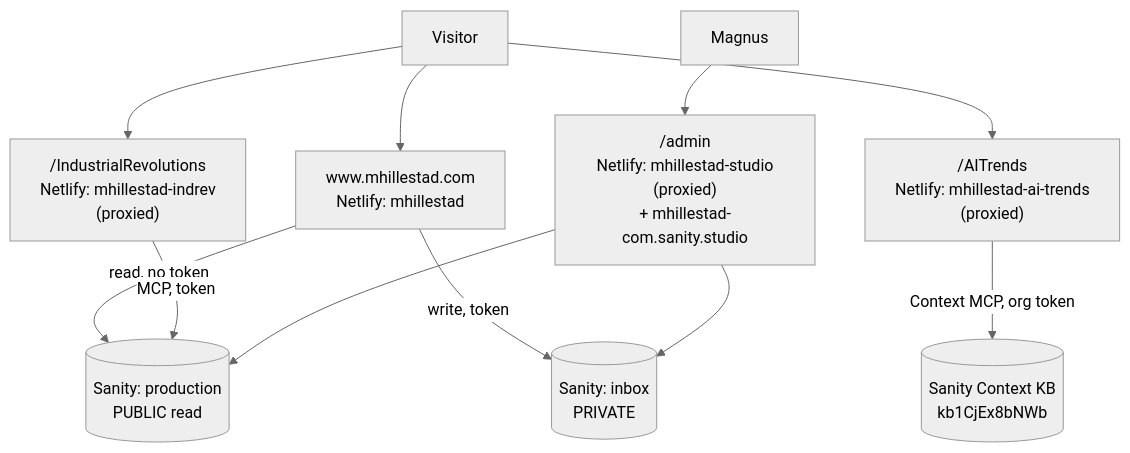
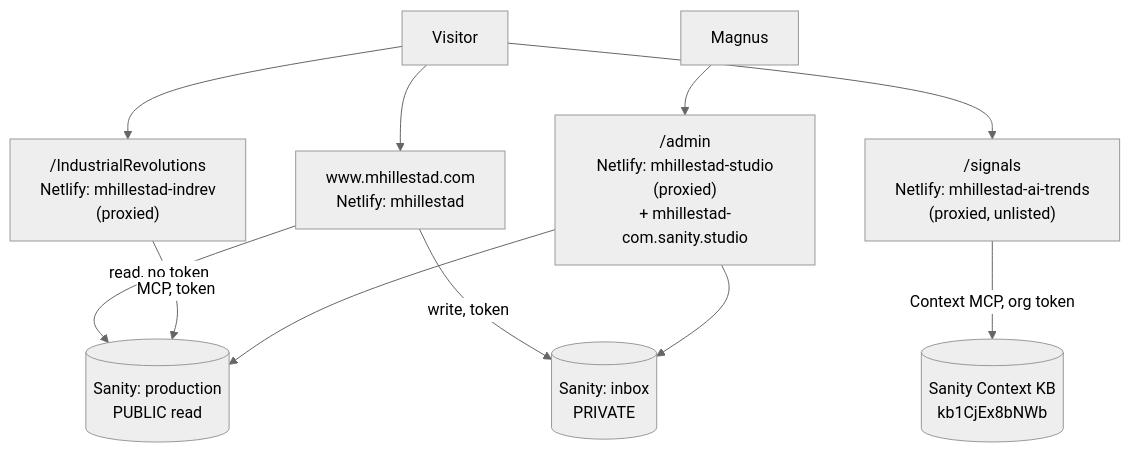
The diagram in SYSTEM-ARCHITECTURE.md (magnushi/mhillestad), drawn with Mermaid (neutral theme) before and after one commit. The commit also changed other lines of this file and 5 other files, not shown here.

Commit message:
Move AI Trends chatbot to an unlisted path

````diff
--- a/SYSTEM-ARCHITECTURE.md
+++ b/SYSTEM-ARCHITECTURE.md
@@ -20,14 +20,14 @@
 ```mermaid
 graph TD
   V["Visitor"] --> WWW["www.mhillestad.com<br/>Netlify: mhillestad"]
   V --> IR["/IndustrialRevolutions<br/>Netlify: mhillestad-indrev<br/>(proxied)"]
-  V --> AIT["/AITrends<br/>Netlify: mhillestad-ai-trends<br/>(proxied)"]
+  V --> AIT["/signals<br/>Netlify: mhillestad-ai-trends<br/>(proxied, unlisted)"]
   E["Magnus"] --> ST["/admin<br/>Netlify: mhillestad-studio<br/>(proxied)<br/>+ mhillestad-com.sanity.studio"]
 
   WWW -->|"read, no token"| PROD[("Sanity: production<br/>PUBLIC read")]
   WWW -->|"write, token"| INBOX[("Sanity: inbox<br/>PRIVATE")]
   IR -->|"MCP, token"| PROD
   AIT -->|"Context MCP, org token"| AIKB[("Sanity Context KB<br/>kb1CjEx8bNWb")]
   ST --> PROD
   ST --> INBOX
 ```
````
